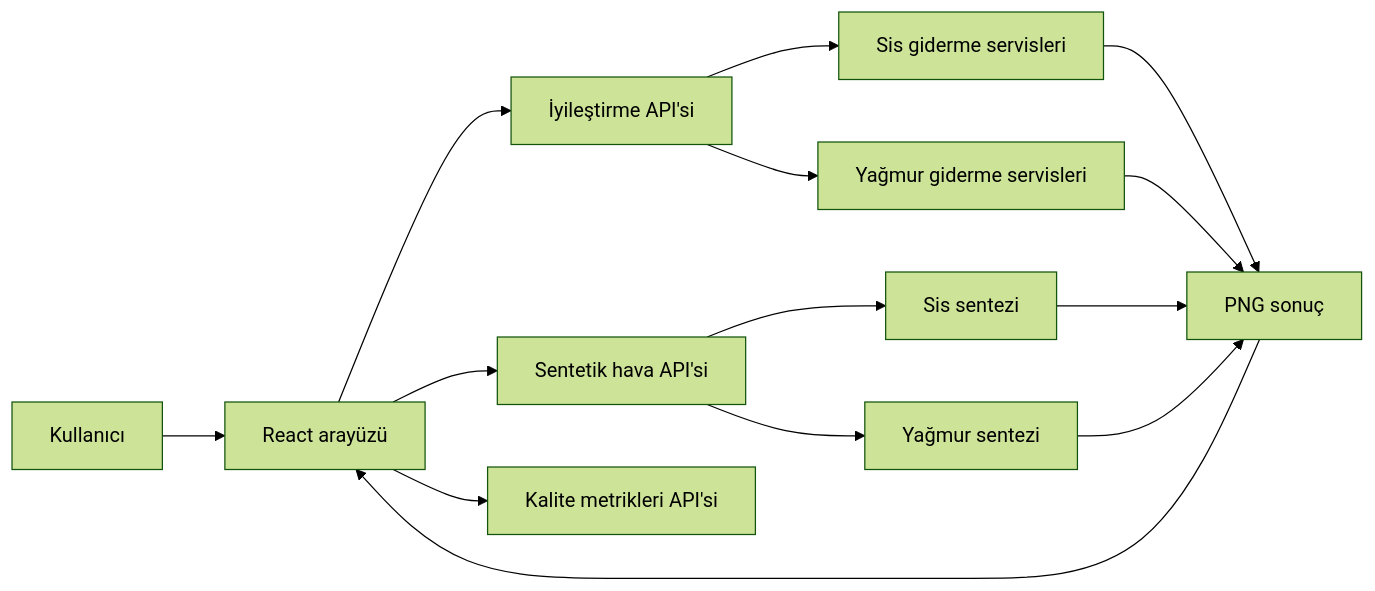
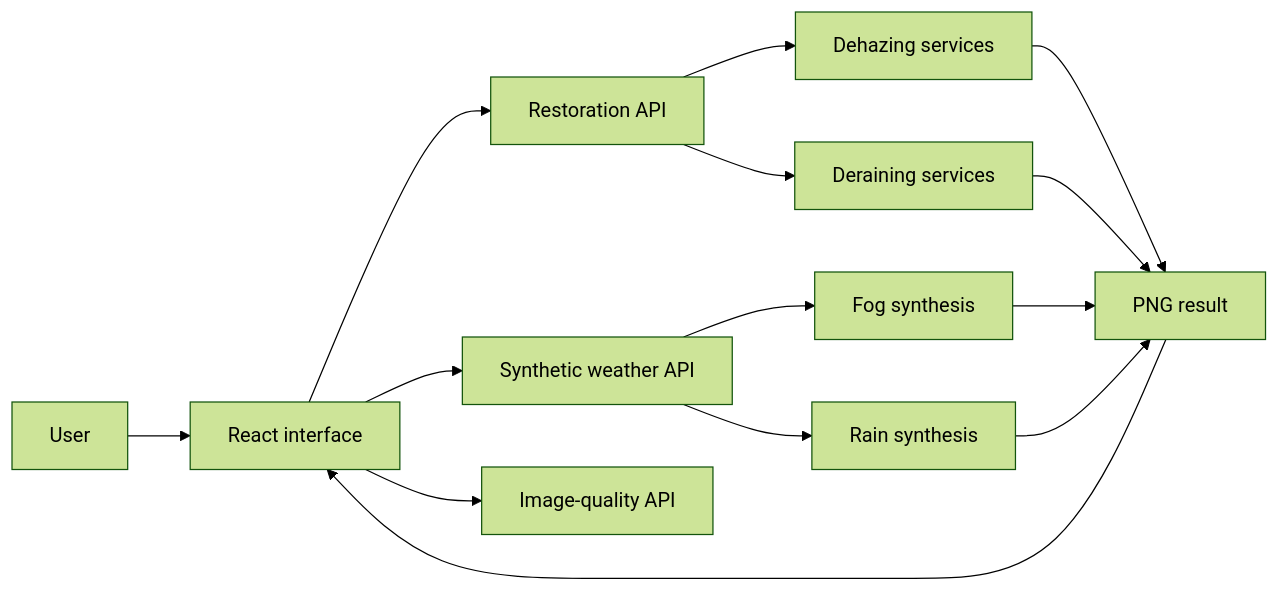
The diagram in README.md (Orkunnnn/clearview), drawn with Mermaid (forest theme) before and after one commit. The commit also changed other lines of this file and 2 other files, not shown here.

First line of the commit message:
Translate README and refresh interface screenshots

````diff
--- a/README.md
+++ b/README.md
@@ -50,16 +50,16 @@
 ```mermaid
 flowchart LR
-    U[Kullanıcı] --> F[React arayüzü]
-    F --> P[İyileştirme API'si]
-    F --> W[Sentetik hava API'si]
-    F --> M[Kalite metrikleri API'si]
-    P --> D1[Sis giderme servisleri]
-    P --> D2[Yağmur giderme servisleri]
-    W --> S1[Sis sentezi]
-    W --> S2[Yağmur sentezi]
-    D1 --> R[PNG sonuç]
+    U[User] --> F[React interface]
+    F --> P[Restoration API]
+    F --> W[Synthetic weather API]
+    F --> M[Image-quality API]
+    P --> D1[Dehazing services]
+    P --> D2[Deraining services]
+    W --> S1[Fog synthesis]
+    W --> S2[Rain synthesis]
+    D1 --> R[PNG result]
     D2 --> R
     S1 --> R
     S2 --> R
     R --> F
 ```
````
